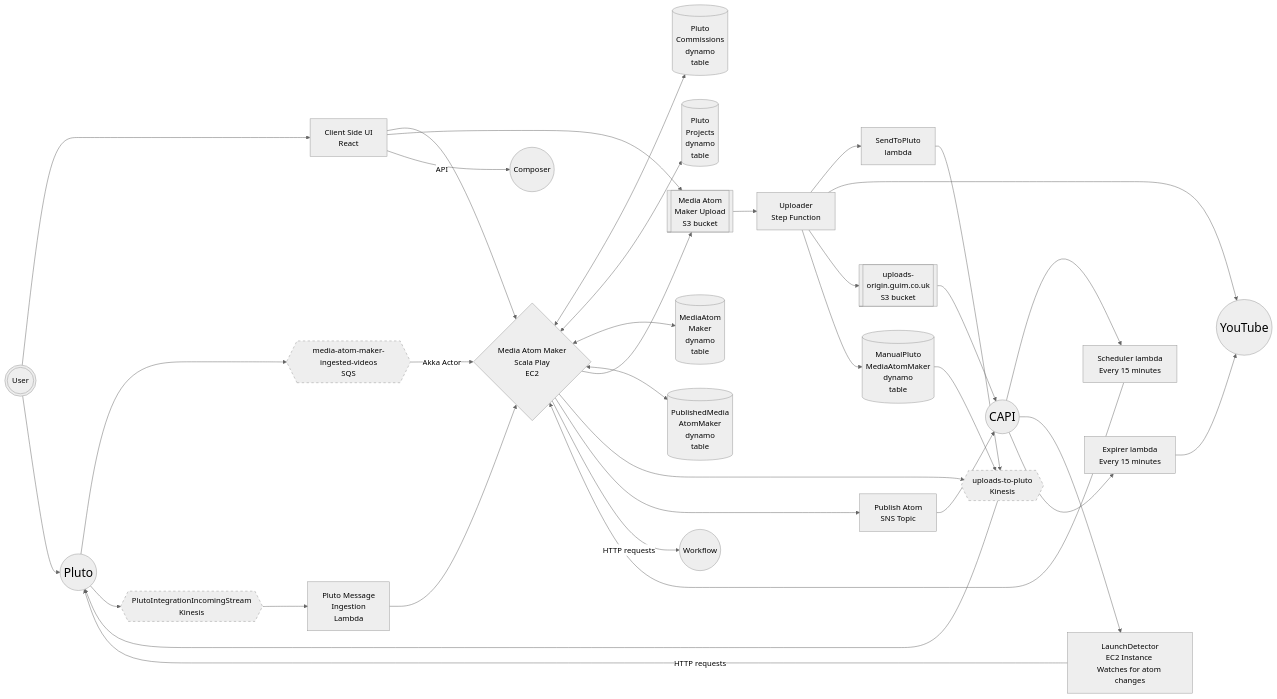
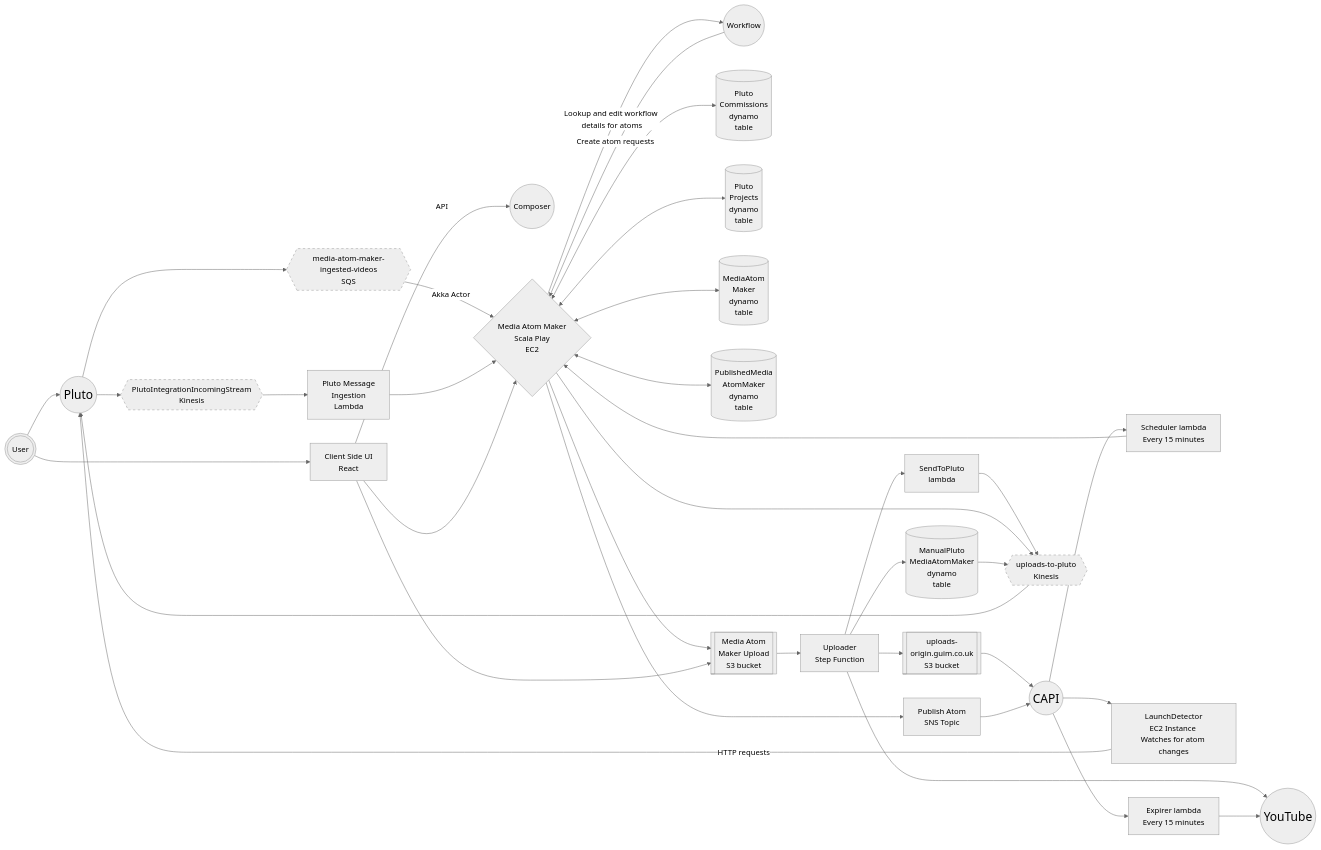
One commit to guardian/media-atom-maker changed the first of 4 diagrams in docs/10-architecture.md. Above: the diagram before and after it, drawn with Mermaid (neutral theme). The commit also changed other lines of this file, not shown here.

Commit message:
Describe second integration with workflow

````diff
--- a/docs/10-architecture.md
+++ b/docs/10-architecture.md
@@ -5,52 +5,53 @@
 ```mermaid
 graph LR
     Pluto((Pluto)):::External
     YouTube((YouTube)):::External
     CAPI((CAPI)):::External
     Composer((Composer))
     Workflow((Workflow))
     uploads-to-pluto{{uploads-to-pluto<br/>Kinesis}}:::Stream
     media-atom-maker-ingested-videos{{media-atom-maker-ingested-videos<br/>SQS}}:::Stream
     PlutoIntegrationIncomingStream{{PlutoIntegrationIncomingStream<br/>Kinesis}}:::Stream
     uploads-to-pluto --> Pluto
     Pluto --> media-atom-maker-ingested-videos
     Pluto --> PlutoIntegrationIncomingStream
     SendToPluto[SendToPluto<br/>lambda] --> uploads-to-pluto
     media-atom-maker-ingested-videos -->|Akka Actor| MediaAtomMaker{Media Atom Maker<br/>Scala Play<br/>EC2}
     PlutoIntegrationIncomingStream --> PlutoMessage[Pluto Message<br/>Ingestion<br/>Lambda]
     PlutoMessage --> MediaAtomMaker
     MediaAtomMaker <--> PlutoCommissions[(Pluto<br/>Commissions<br/>dynamo<br/>table)]
     MediaAtomMaker <--> PlutoProjects[(Pluto<br/>Projects<br/>dynamo<br/>table)]
     MediaAtomMaker <--> MediaAtomMakerProd[(MediaAtom<br/>Maker<br/>dynamo<br/>table)]
     MediaAtomMaker <--> PublishedMedia[(PublishedMedia<br/>AtomMaker<br/>dynamo<br/>table)]
     MediaAtomMaker --> MediaAtomMakerUpload[[Media Atom<br/>Maker Upload<br/>S3 bucket]]
     MediaAtomMaker --> uploads-to-pluto
     User(((User)))
     User --> ClientSide
     User --> Pluto
     ClientSide[Client Side UI<br/>React<br/>]
     ClientSide --> MediaAtomMaker
     ClientSide --> MediaAtomMakerUpload
     ClientSide -->|API| Composer
     MediaAtomMakerUpload --> Uploader
     Uploader[Uploader<br/>Step Function]
     Uploader --> SendToPluto
     Uploader --> YouTube
     Uploader --> UploadsOrigin[[uploads-<br/>origin.guim.co.uk<br/>S3 bucket]]
     Uploader --> ManualPluto[(ManualPluto<br/>MediaAtomMaker<br/>dynamo<br/>table)]
     ManualPluto --> uploads-to-pluto
     UploadsOrigin --> CAPI
     MediaAtomMaker --> PublishAtom[Publish Atom<br/>SNS Topic]
     Scheduler[Scheduler lambda<br/>Every 15 minutes]
     Scheduler --> MediaAtomMaker
     CAPI --> Scheduler
     CAPI --> LaunchDetector[LaunchDetector<br/>EC2 Instance <br/>Watches for atom changes]
     LaunchDetector -->|HTTP requests| Pluto
     PublishAtom --> CAPI
     Expirer[Expirer lambda<br/>Every 15 minutes]
     CAPI --> Expirer
     Expirer --> YouTube
-    MediaAtomMaker -->|HTTP requests| Workflow
+    MediaAtomMaker -->|Lookup and edit workflow details for atoms| Workflow
+    Workflow -->|Create atom requests| MediaAtomMaker
     classDef External padding: 50px, width: 200px, font-size: 25px
     classDef Stream stroke-dasharray: 5 5
 ```
````
